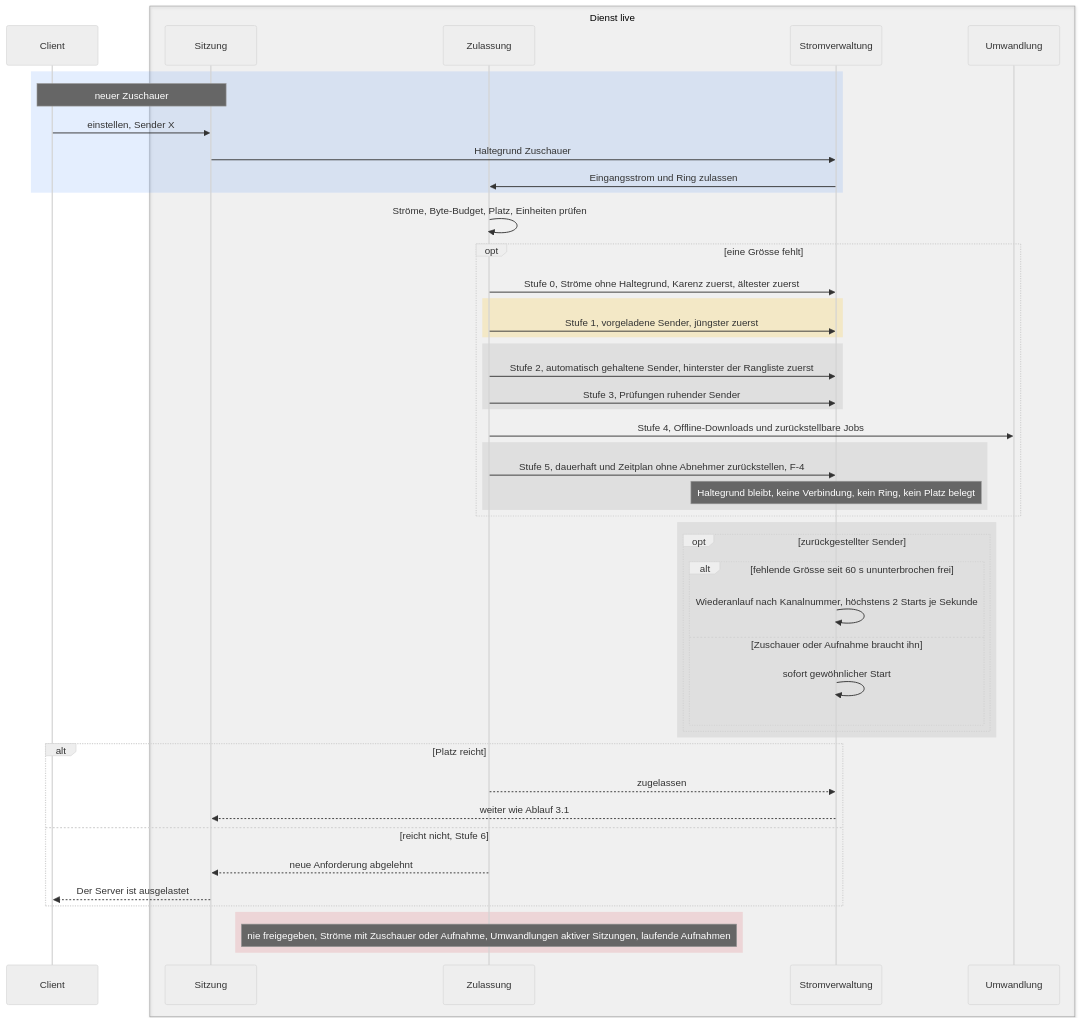
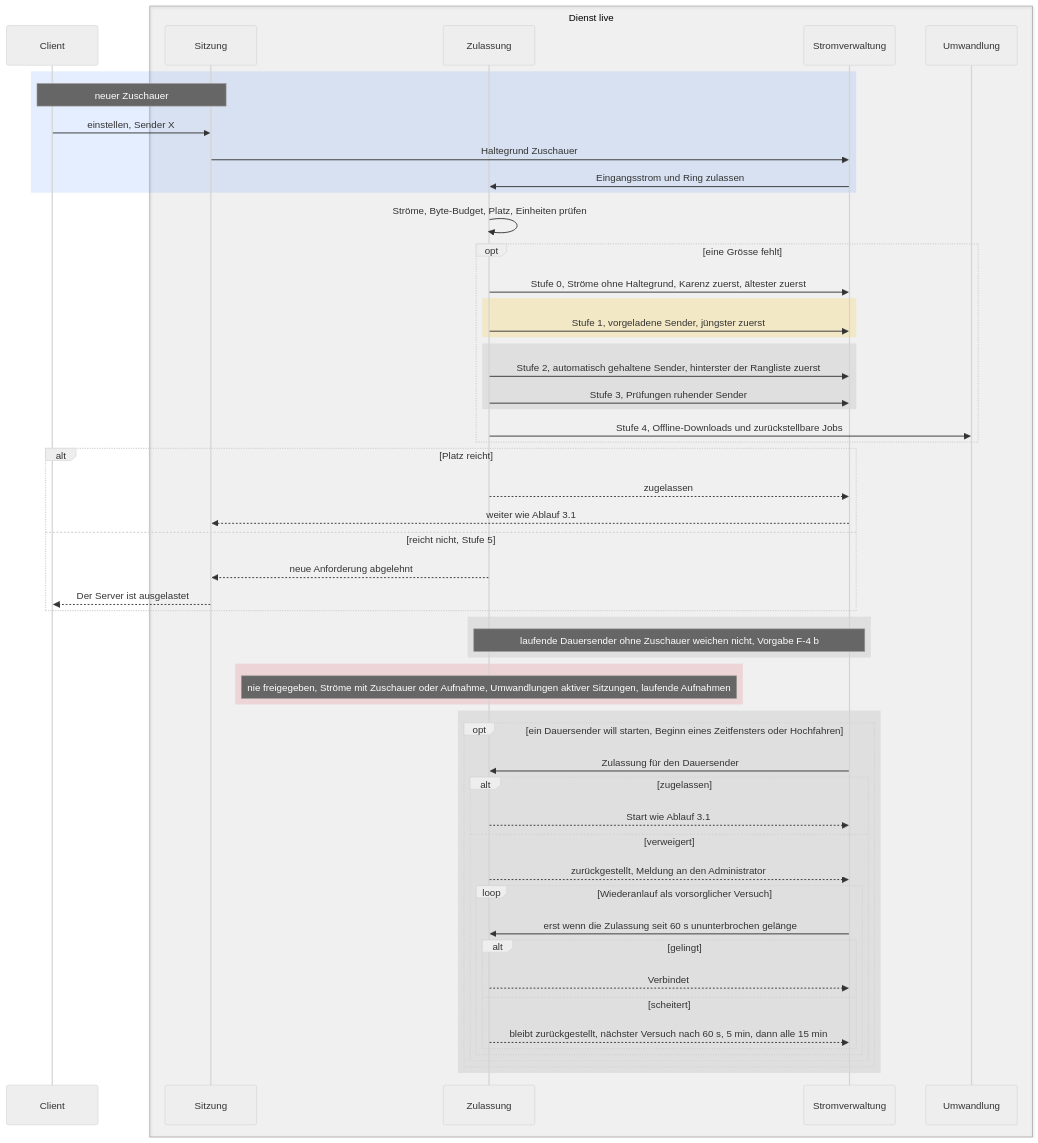
One commit to SlouchCat/slouchcat changed diagram 15 of 23 in docs/planning/28-live-tv/06-ablaeufe.md. Above: the diagram before and after it, drawn with Mermaid (neutral theme). The commit also changed other lines of this file, not shown here.

Commit message:
docs(planning): concept 28 live TV, flows version 3 for architecture version 4

````diff
--- a/docs/planning/28-live-tv/06-ablaeufe.md
+++ b/docs/planning/28-live-tv/06-ablaeufe.md
@@ -1147,52 +1221,60 @@
 ```mermaid
 sequenceDiagram
   participant CL as Client
   box rgba(128,128,128,0.08) Dienst live
     participant SES as Sitzung
     participant ZUL as Zulassung
     participant STR as Stromverwaltung
     participant UW as Umwandlung
   end
 
   rect rgba(66,135,245,0.14)
     Note over CL,SES: neuer Zuschauer
     CL->>SES: einstellen, Sender X
     SES->>STR: Haltegrund Zuschauer
     STR->>ZUL: Eingangsstrom und Ring zulassen
   end
   ZUL->>ZUL: Ströme, Byte-Budget, Platz, Einheiten prüfen
   opt eine Grösse fehlt
     ZUL->>STR: Stufe 0, Ströme ohne Haltegrund, Karenz zuerst, ältester zuerst
     rect rgba(255,193,7,0.18)
       ZUL->>STR: Stufe 1, vorgeladene Sender, jüngster zuerst
     end
     rect rgba(128,128,128,0.16)
       ZUL->>STR: Stufe 2, automatisch gehaltene Sender, hinterster der Rangliste zuerst
       ZUL->>STR: Stufe 3, Prüfungen ruhender Sender
     end
     ZUL->>UW: Stufe 4, Offline-Downloads und zurückstellbare Jobs
-    rect rgba(128,128,128,0.16)
-      ZUL->>STR: Stufe 5, dauerhaft und Zeitplan ohne Abnehmer zurückstellen, F-4
-      Note over STR: Haltegrund bleibt, keine Verbindung, kein Ring, kein Platz belegt
-    end
-  end
-  rect rgba(128,128,128,0.16)
-    opt zurückgestellter Sender
-      alt fehlende Grösse seit 60 s ununterbrochen frei
-        STR->>STR: Wiederanlauf nach Kanalnummer, höchstens 2 Starts je Sekunde
-      else Zuschauer oder Aufnahme braucht ihn
-        STR->>STR: sofort gewöhnlicher Start
-      end
-    end
   end
   alt Platz reicht
     ZUL-->>STR: zugelassen
     STR-->>SES: weiter wie Ablauf 3.1
-  else reicht nicht, Stufe 6
+  else reicht nicht, Stufe 5
     ZUL-->>SES: neue Anforderung abgelehnt
     SES-->>CL: Der Server ist ausgelastet
+  end
+  rect rgba(128,128,128,0.16)
+    Note over ZUL,STR: laufende Dauersender ohne Zuschauer weichen nicht, Vorgabe F-4 b
   end
   rect rgba(220,53,69,0.14)
     Note over ZUL: nie freigegeben, Ströme mit Zuschauer oder Aufnahme, Umwandlungen aktiver Sitzungen, laufende Aufnahmen
   end
+  rect rgba(128,128,128,0.16)
+    opt ein Dauersender will starten, Beginn eines Zeitfensters oder Hochfahren
+      STR->>ZUL: Zulassung für den Dauersender
+      alt zugelassen
+        ZUL-->>STR: Start wie Ablauf 3.1
+      else verweigert
+        ZUL-->>STR: zurückgestellt, Meldung an den Administrator
+        loop Wiederanlauf als vorsorglicher Versuch
+          STR->>ZUL: erst wenn die Zulassung seit 60 s ununterbrochen gelänge
+          alt gelingt
+            ZUL-->>STR: Verbindet
+          else scheitert
+            ZUL-->>STR: bleibt zurückgestellt, nächster Versuch nach 60 s, 5 min, dann alle 15 min
+          end
+        end
+      end
+    end
+  end
 ```
````
